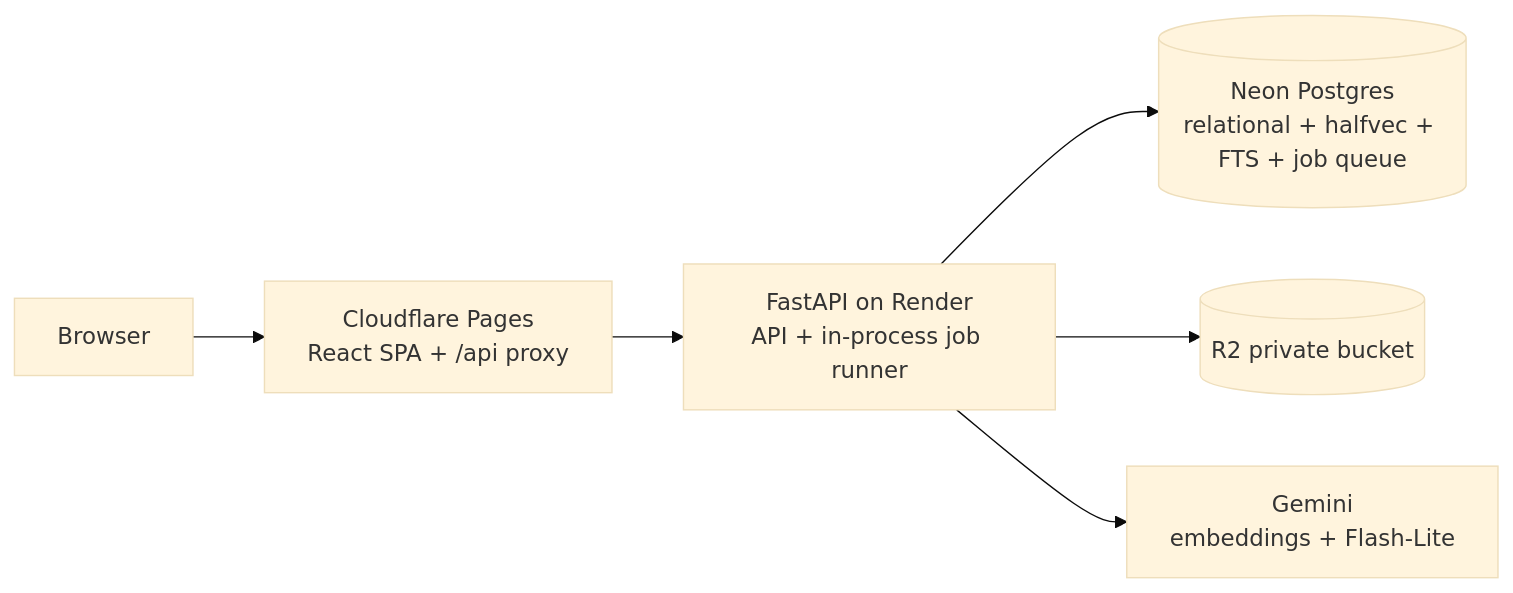
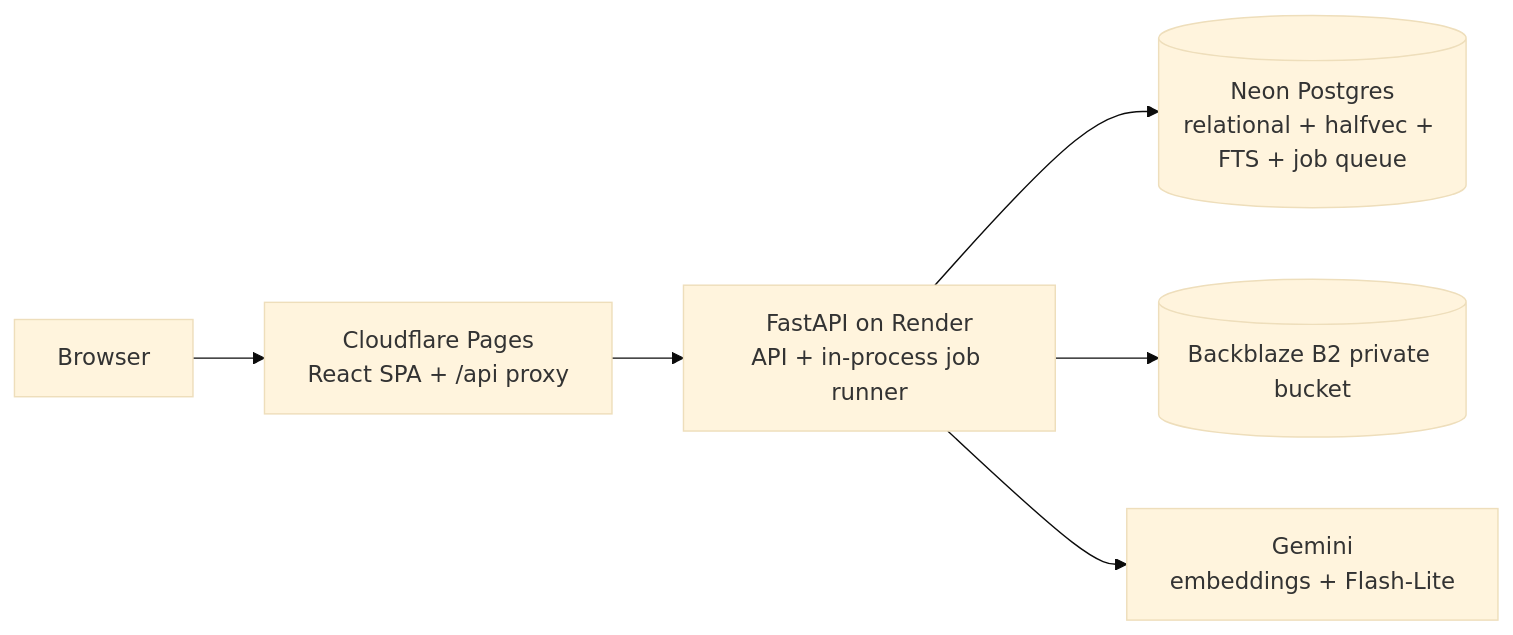
The diagram in README.md (Janny0222/documind), drawn with Mermaid (base theme) before and after one commit. The commit also changed other lines of this file and 10 other files, not shown here.

````diff
--- a/README.md
+++ b/README.md
@@ -30,8 +30,8 @@
 ```mermaid
 flowchart LR
   B[Browser] --> P[Cloudflare Pages<br/>React SPA + /api proxy]
   P --> A[FastAPI on Render<br/>API + in-process job runner]
   A --> DB[(Neon Postgres<br/>relational + halfvec + FTS + job queue)]
-  A --> R2[(R2 private bucket)]
+  A --> B2[(Backblaze B2 private bucket)]
   A --> G[Gemini<br/>embeddings + Flash-Lite]
 ```
````
